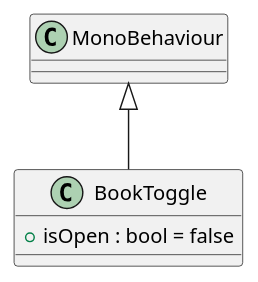
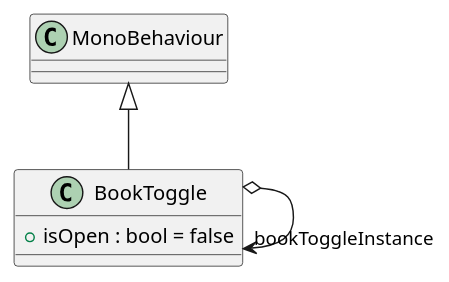
One commit to corinnahuber/CCL4PotionWitch changed the diagram in plantuml/Assets/Scripts/BookToggle.puml. Above: the diagram before and after it, drawn with PlantUML. The commit also changed 7 other files, not shown here.

```diff
--- a/plantuml/Assets/Scripts/BookToggle.puml
+++ b/plantuml/Assets/Scripts/BookToggle.puml
@@ -1,6 +1,7 @@
 @startuml
 class BookToggle {
     + isOpen : bool = false
 }
 MonoBehaviour <|-- BookToggle
+BookToggle o-> "bookToggleInstance" BookToggle
 @enduml
```
